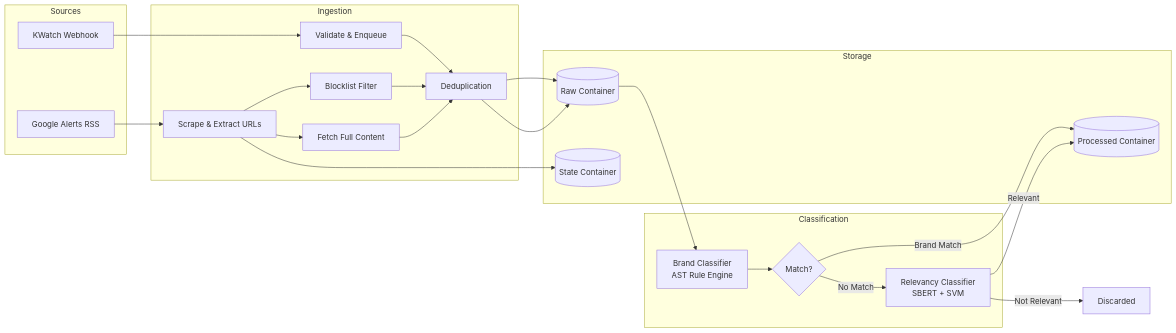
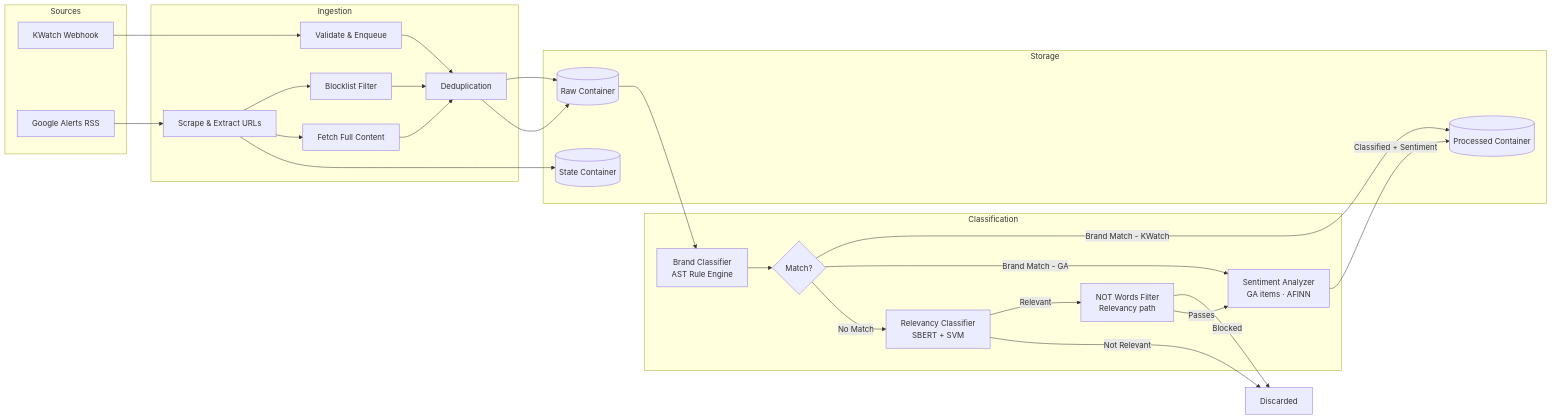
The second of 11 diagrams in docs/src/SDD.md (CoolSunflower/SML_PRISM), drawn with Mermaid before and after one commit. The commit also changed other lines of this file and 9 other files, not shown here.

Commit message:
Relevancy NOT words list + Google Alerts Sentiment + Tests

````diff
--- a/docs/src/SDD.md
+++ b/docs/src/SDD.md
@@ -155,38 +159,44 @@
 ```mermaid
 flowchart LR
     subgraph Sources
         S1[KWatch Webhook]
         S2[Google Alerts RSS]
     end
 
     subgraph Ingestion
         I1[Validate & Enqueue]
         I2[Scrape & Extract URLs]
         I3[Fetch Full Content]
         I4[Blocklist Filter]
         I5[Deduplication]
     end
 
     subgraph Classification
         C1[Brand Classifier<br/>AST Rule Engine]
         C2[Relevancy Classifier<br/>SBERT + SVM]
         C3{Match?}
+        C4[NOT Words Filter<br/>Relevancy path]
+        C5[Sentiment Analyzer<br/>GA items · AFINN]
     end
 
     subgraph Storage
         D1[(Raw Container)]
         D2[(Processed Container)]
         D3[(State Container)]
     end
 
     S1 --> I1 --> I5 --> D1
     S2 --> I2 --> I4 --> I5
     I2 --> I3 --> I5
     I5 --> D1
     D1 --> C1 --> C3
-    C3 -->|Brand Match| D2
+    C3 -->|Brand Match - KWatch| D2
+    C3 -->|Brand Match - GA| C5
     C3 -->|No Match| C2
-    C2 -->|Relevant| D2
+    C2 -->|Relevant| C4
     C2 -->|Not Relevant| X[Discarded]
+    C4 -->|Blocked| X
+    C4 -->|Passes| C5
+    C5 -->|Classified + Sentiment| D2
     I2 --> D3
 ```
````
